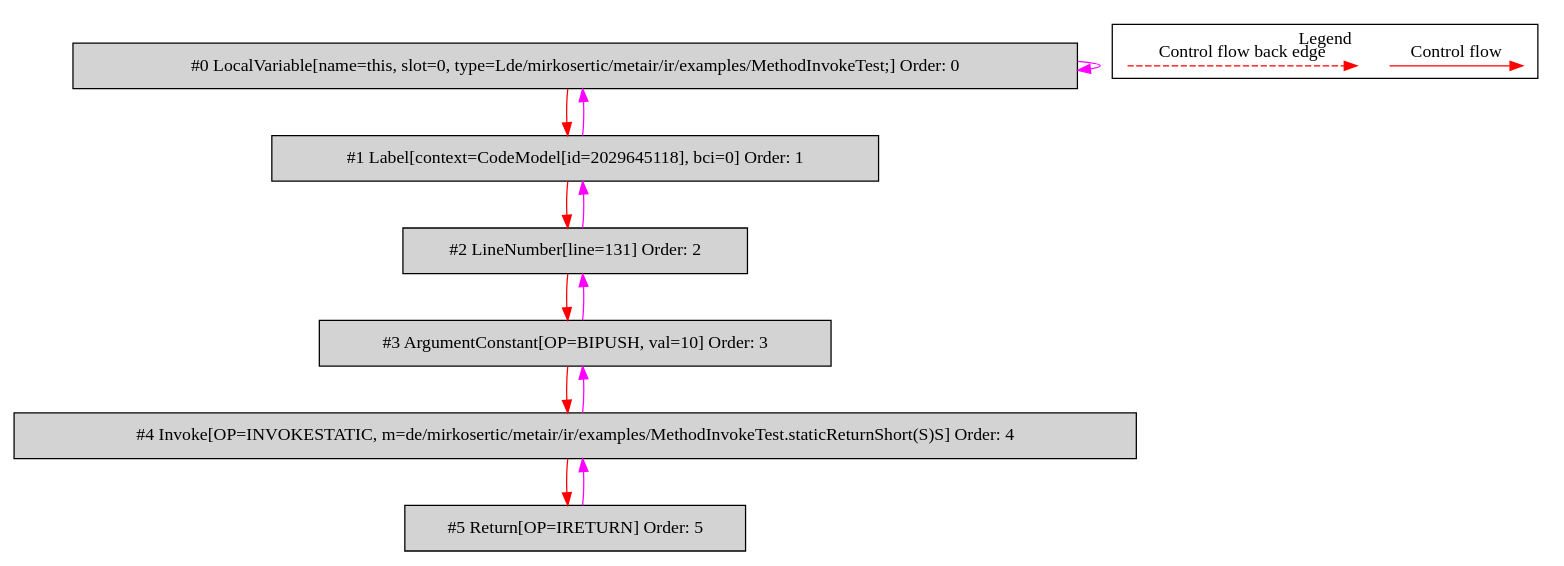
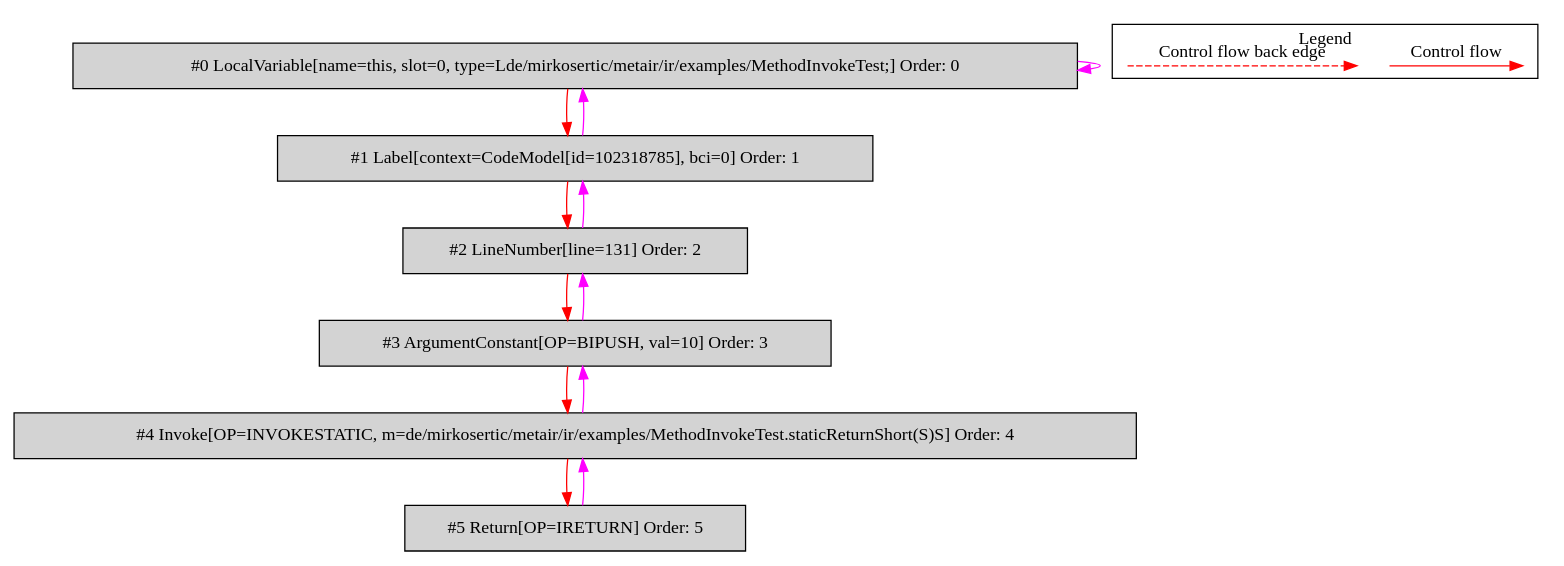
Before and after one commit to mirkosertic/MetaIR: the diagram in de.mirkosertic.metair.ir.examples.MethodInvokeTest/returnShort/bytecodecfg.dot, drawn with Graphviz. The commit also changed 465 other files, not shown here.

```diff
--- a/de.mirkosertic.metair.ir.examples.MethodInvokeTest/returnShort/bytecodecfg.dot
+++ b/de.mirkosertic.metair.ir.examples.MethodInvokeTest/returnShort/bytecodecfg.dot
@@ -1,34 +1,34 @@
 digraph {
  ordering="in";
  node0[label="#0 LocalVariable[name=this, slot=0, type=Lde/mirkosertic/metair/ir/examples/MethodInvokeTest;] Order: 0", shape=box, fillcolor=lightgrey, style=filled];
- node1[label="#1 Label[context=CodeModel[id=2029645118], bci=0] Order: 1", shape=box, fillcolor=lightgrey, style=filled];
+ node1[label="#1 Label[context=CodeModel[id=102318785], bci=0] Order: 1", shape=box, fillcolor=lightgrey, style=filled];
  node2[label="#2 LineNumber[line=131] Order: 2", shape=box, fillcolor=lightgrey, style=filled];
  node3[label="#3 ArgumentConstant[OP=BIPUSH, val=10] Order: 3", shape=box, fillcolor=lightgrey, style=filled];
  node4[label="#4 Invoke[OP=INVOKESTATIC, m=de/mirkosertic/metair/ir/examples/MethodInvokeTest.staticReturnShort(S)S] Order: 4", shape=box, fillcolor=lightgrey, style=filled];
  node5[label="#5 Return[OP=IRETURN] Order: 5", shape=box, fillcolor=lightgrey, style=filled];
  node0 -> node0[color=fuchsia];
  node0 -> node1[color=red];
  node1 -> node0[color=fuchsia];
  node1 -> node2[color=red];
  node2 -> node1[color=fuchsia];
  node2 -> node3[color=red];
  node3 -> node2[color=fuchsia];
  node3 -> node4[color=red];
  node4 -> node3[color=fuchsia];
  node4 -> node5[color=red];
  node5 -> node4[color=fuchsia];
  subgraph cluster_000 {
   label = "Legend";
   node [shape=point]
   {
    rank=same;
    c0 [style = invis];
    c1 [style = invis];
    c2 [style = invis];
    c3 [style = invis];
   }
   c0 -> c1 [label="Control flow", style=solid, color=red]
   c2 -> c3 [label="Control flow back edge", style=dashed, color=red]
  }
 
 }
```
